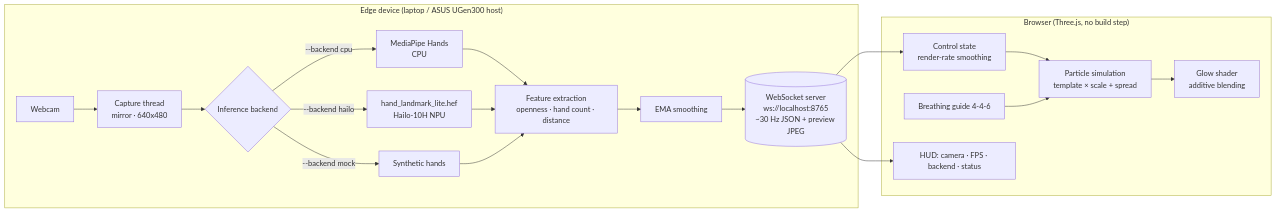
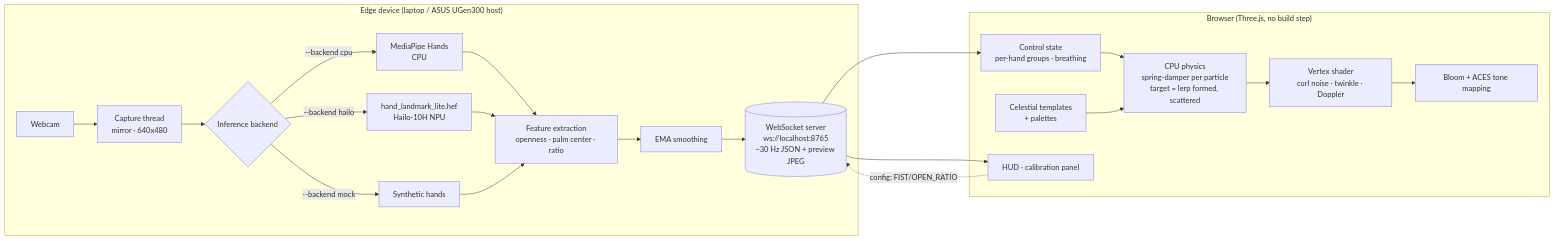
The diagram in README.md (cc01-09/particles), drawn with Mermaid before and after one commit. The commit also changed other lines of this file and 14 other files, not shown here.

First line of the commit message:
Cosmic rework: gather/scatter physics, Stardust, celestial templates

````diff
--- a/README.md
+++ b/README.md
@@ -35,22 +76,24 @@
 ```mermaid
 flowchart LR
     subgraph Device["Edge device (laptop / ASUS UGen300 host)"]
         CAM[Webcam] --> CAP[Capture thread<br/>mirror · 640x480]
         CAP --> BK{Inference backend}
         BK -->|--backend cpu| MP[MediaPipe Hands<br/>CPU]
         BK -->|--backend hailo| HL[hand_landmark_lite.hef<br/>Hailo-10H NPU]
         BK -->|--backend mock| MK[Synthetic hands]
-        MP --> FE[Feature extraction<br/>openness · hand count · distance]
+        MP --> FE[Feature extraction<br/>openness · palm center · ratio]
         HL --> FE
         MK --> FE
         FE --> EMA[EMA smoothing]
         EMA --> WS[(WebSocket server<br/>ws://localhost:8765<br/>~30 Hz JSON + preview JPEG)]
     end
     subgraph Browser["Browser (Three.js, no build step)"]
-        WS --> CTRL[Control state<br/>render-rate smoothing]
-        CTRL --> SIM[Particle simulation<br/>template × scale + spread]
-        BR[Breathing guide 4-4-6] --> SIM
-        SIM --> GPU[Glow shader<br/>additive blending]
-        WS --> HUD[HUD: camera · FPS · backend · status]
+        WS --> CTRL[Control state<br/>per-hand groups · breathing]
+        CTRL --> PHY[CPU physics<br/>spring-damper per particle<br/>target = lerp formed, scattered]
+        TPL[Celestial templates<br/>+ palettes] --> PHY
+        PHY --> GPU[Vertex shader<br/>curl noise · twinkle · Doppler]
+        GPU --> POST[Bloom + ACES tone mapping]
+        WS --> HUD[HUD · calibration panel]
+        HUD -. config: FIST/OPEN_RATIO .-> WS
     end
 ```
````
